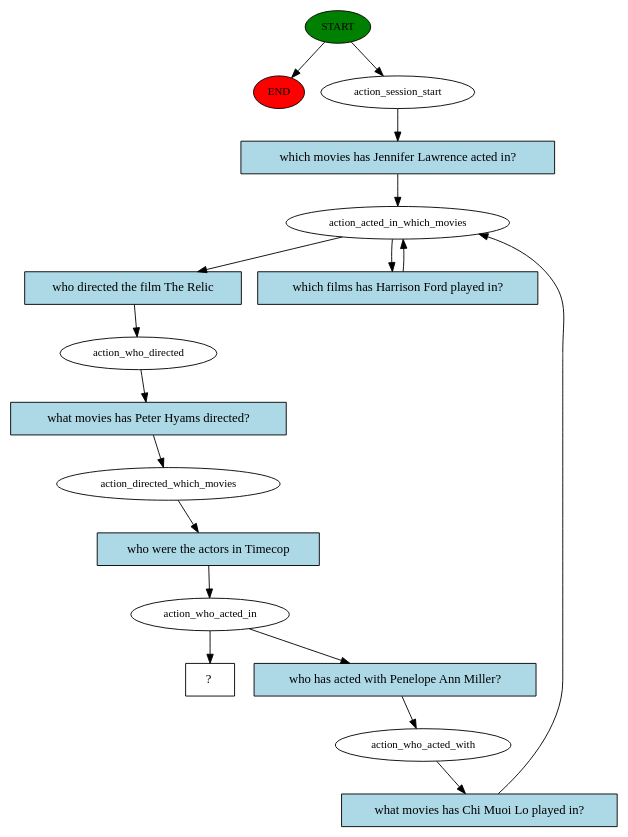
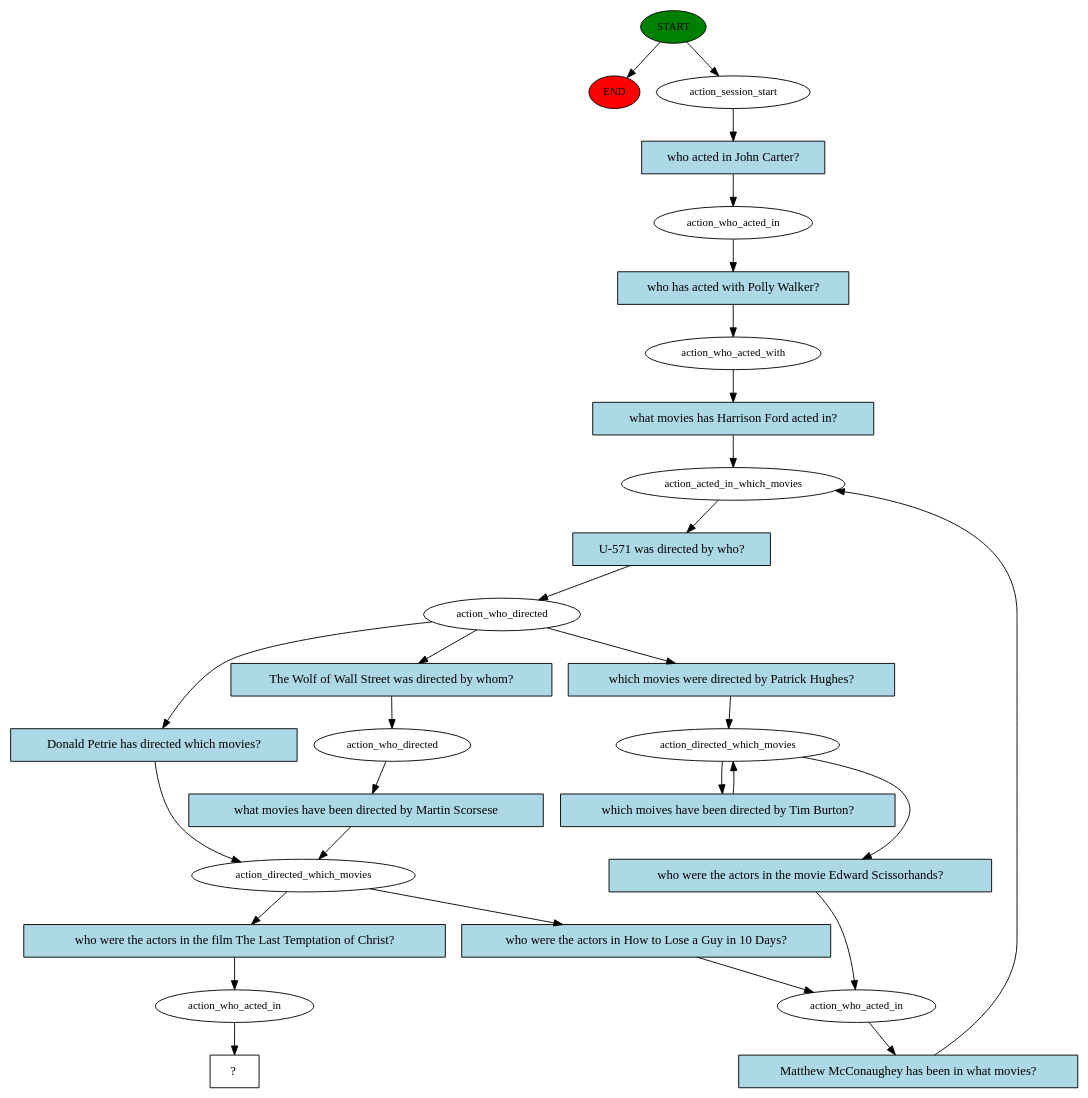
One commit to dchamb16/msds_459_chatbot changed the diagram in story_graph.dot. Above: the diagram before and after it, drawn with Graphviz. The commit also changed 6 other files, not shown here.

```diff
--- a/story_graph.dot
+++ b/story_graph.dot
@@ -1,35 +1,57 @@
 digraph  {
 0 [class="start active", fillcolor=green, fontsize=12, label=START, style=filled];
 "-1" [class=end, fillcolor=red, fontsize=12, label=END, style=filled];
 1 [class=active, fontsize=12, label=action_session_start];
-2 [class=active, fontsize=12, label=action_acted_in_which_movies];
-4 [class=active, fontsize=12, label=action_who_directed];
-5 [class=active, fontsize=12, label=action_directed_which_movies];
-6 [class=active, fontsize=12, label=action_who_acted_in];
-7 [class=active, fontsize=12, label=action_who_acted_with];
-12 [class="intent dashed active", label="  ?  ", shape=rect];
-13 [class="intent active", fillcolor=lightblue, label="which movies has Jennifer Lawrence acted in?", shape=rect, style=filled];
-14 [class="intent active", fillcolor=lightblue, label="who directed the film The Relic", shape=rect, style=filled];
-15 [class="intent active", fillcolor=lightblue, label="which films has Harrison Ford played in?", shape=rect, style=filled];
-16 [class="intent active", fillcolor=lightblue, label="what movies has Peter Hyams directed?", shape=rect, style=filled];
-17 [class="intent active", fillcolor=lightblue, label="who were the actors in Timecop", shape=rect, style=filled];
-18 [class="intent active", fillcolor=lightblue, label="who has acted with Penelope Ann Miller?", shape=rect, style=filled];
-19 [class="intent active", fillcolor=lightblue, label="what movies has Chi Muoi Lo played in?", shape=rect, style=filled];
+2 [class=active, fontsize=12, label=action_who_acted_in];
+3 [class=active, fontsize=12, label=action_who_acted_with];
+4 [class=active, fontsize=12, label=action_acted_in_which_movies];
+5 [class=active, fontsize=12, label=action_who_directed];
+6 [class=active, fontsize=12, label=action_directed_which_movies];
+8 [class=active, fontsize=12, label=action_who_acted_in];
+11 [class=active, fontsize=12, label=action_directed_which_movies];
+15 [class=active, fontsize=12, label=action_who_directed];
+17 [class=active, fontsize=12, label=action_who_acted_in];
+18 [class="intent dashed active", label="  ?  ", shape=rect];
+19 [class="intent active", fillcolor=lightblue, label="who acted in John Carter?", shape=rect, style=filled];
+20 [class="intent active", fillcolor=lightblue, label="who has acted with Polly Walker?", shape=rect, style=filled];
+21 [class="intent active", fillcolor=lightblue, label="what movies has Harrison Ford acted in?", shape=rect, style=filled];
+22 [class="intent active", fillcolor=lightblue, label="U-571 was directed by who?", shape=rect, style=filled];
+23 [class="intent active", fillcolor=lightblue, label="which movies were directed by Patrick Hughes?", shape=rect, style=filled];
+24 [class="intent active", fillcolor=lightblue, label="Donald Petrie has directed which movies?", shape=rect, style=filled];
+25 [class="intent active", fillcolor=lightblue, label="The Wolf of Wall Street was directed by whom?", shape=rect, style=filled];
+26 [class="intent active", fillcolor=lightblue, label="who were the actors in the movie Edward Scissorhands?", shape=rect, style=filled];
+27 [class="intent active", fillcolor=lightblue, label="which moives have been directed by Tim Burton?", shape=rect, style=filled];
+28 [class="intent active", fillcolor=lightblue, label="Matthew McConaughey has been in what movies?", shape=rect, style=filled];
+29 [class="intent active", fillcolor=lightblue, label="who were the actors in How to Lose a Guy in 10 Days?", shape=rect, style=filled];
+30 [class="intent active", fillcolor=lightblue, label="who were the actors in the film The Last Temptation of Christ?", shape=rect, style=filled];
+31 [class="intent active", fillcolor=lightblue, label="what movies have been directed by Martin Scorsese", shape=rect, style=filled];
 0 -> "-1"  [class="", key=NONE, label=""];
 0 -> 1  [class=active, key=NONE, label=""];
-1 -> 13  [class=active, key=0];
-2 -> 14  [class=active, key=0];
-2 -> 15  [class=active, key=0];
-4 -> 16  [class=active, key=0];
-5 -> 17  [class=active, key=0];
-6 -> 12  [class=active, key=NONE, label=""];
-6 -> 18  [class=active, key=0];
-7 -> 19  [class=active, key=0];
-13 -> 2  [class=active, key=0];
-14 -> 4  [class=active, key=0];
-15 -> 2  [class=active, key=0];
-16 -> 5  [class=active, key=0];
-17 -> 6  [class=active, key=0];
-18 -> 7  [class=active, key=0];
+1 -> 19  [class=active, key=0];
+2 -> 20  [class=active, key=0];
+3 -> 21  [class=active, key=0];
+4 -> 22  [class=active, key=0];
+5 -> 23  [class=active, key=0];
+5 -> 24  [class=active, key=0];
+5 -> 25  [class=active, key=0];
+6 -> 26  [class=active, key=0];
+6 -> 27  [class=active, key=0];
+8 -> 28  [class=active, key=0];
+11 -> 29  [class=active, key=0];
+11 -> 30  [class=active, key=0];
+15 -> 31  [class=active, key=0];
+17 -> 18  [class=active, key=NONE, label=""];
 19 -> 2  [class=active, key=0];
+20 -> 3  [class=active, key=0];
+21 -> 4  [class=active, key=0];
+22 -> 5  [class=active, key=0];
+23 -> 6  [class=active, key=0];
+24 -> 11  [class=active, key=0];
+25 -> 15  [class=active, key=0];
+26 -> 8  [class=active, key=0];
+27 -> 6  [class=active, key=0];
+28 -> 4  [class=active, key=0];
+29 -> 8  [class=active, key=0];
+30 -> 17  [class=active, key=0];
+31 -> 11  [class=active, key=0];
 }
```
